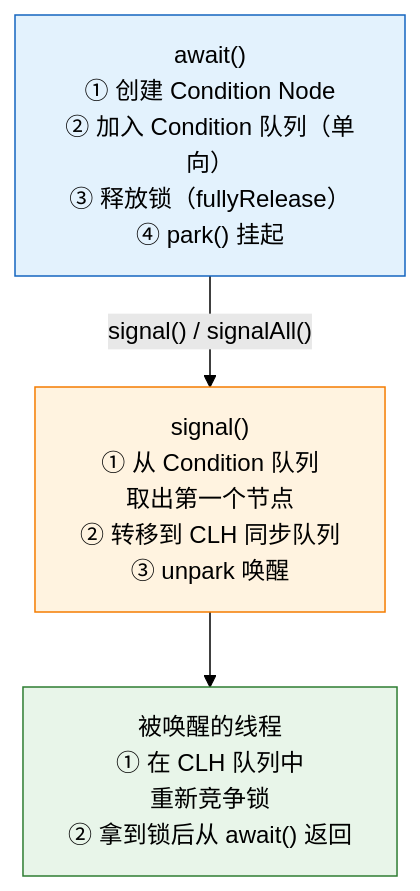
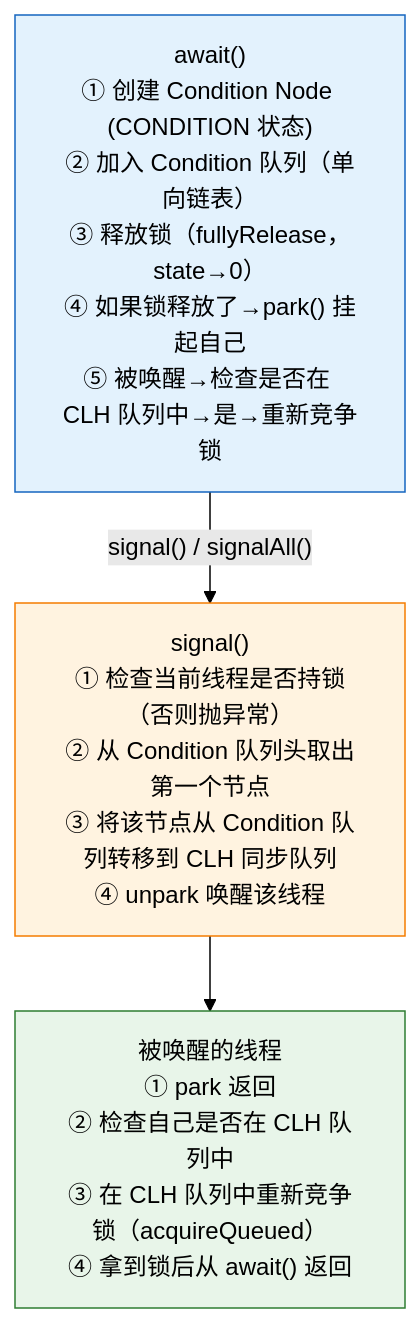
One commit to guozy502/my-tech-blog changed the third of 3 diagrams in content/posts/并发编程/ReentrantLock与Condition源码——以AQS视角重新理解.md. Above: the diagram before and after it, drawn with Mermaid (forest theme). The commit also changed other lines of this file and 52 other files, not shown here.

````diff
--- a/content/posts/并发编程/ReentrantLock与Condition源码——以AQS视角重新理解.md
+++ b/content/posts/并发编程/ReentrantLock与Condition源码——以AQS视角重新理解.md
@@ -128,10 +210,12 @@
 ```mermaid
 flowchart TD
-    A["await()\n① 创建 Condition Node\n② 加入 Condition 队列（单向）\n③ 释放锁（fullyRelease）\n④ park() 挂起"]
-    A -->|"signal() / signalAll()"| B["signal()\n① 从 Condition 队列\n取出第一个节点\n② 转移到 CLH 同步队列\n③ unpark 唤醒"]
-    B --> C["被唤醒的线程\n① 在 CLH 队列中\n重新竞争锁\n② 拿到锁后从 await() 返回"]
+    A["await()\n① 创建 Condition Node (CONDITION 状态)\n② 加入 Condition 队列（单向链表）\n③ 释放锁（fullyRelease，state→0）\n④ 如果锁释放了→park() 挂起自己\n⑤ 被唤醒→检查是否在 CLH 队列中→是→重新竞争锁"]
+    
+    A -->|"signal() / signalAll()"| B["signal()\n① 检查当前线程是否持锁（否则抛异常）\n② 从 Condition 队列头取出第一个节点\n③ 将该节点从 Condition 队列转移到 CLH 同步队列\n④ unpark 唤醒该线程"]
+    
+    B --> C["被唤醒的线程\n① park 返回\n② 检查自己是否在 CLH 队列中\n③ 在 CLH 队列中重新竞争锁（acquireQueued）\n④ 拿到锁后从 await() 返回"]
     
     style A fill:#e3f2fd,stroke:#1565c0
     style B fill:#fff3e0,stroke:#f57c00
     style C fill:#e8f5e9,stroke:#2e7d32
 ```
````
